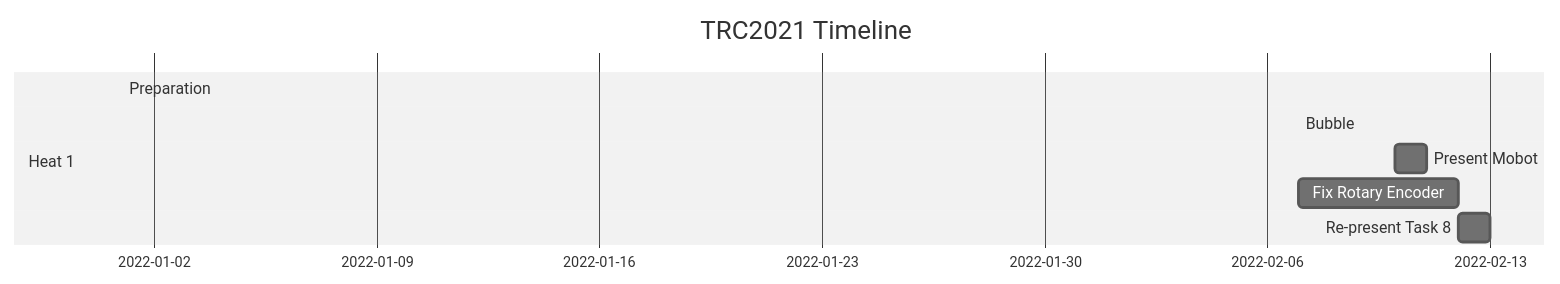
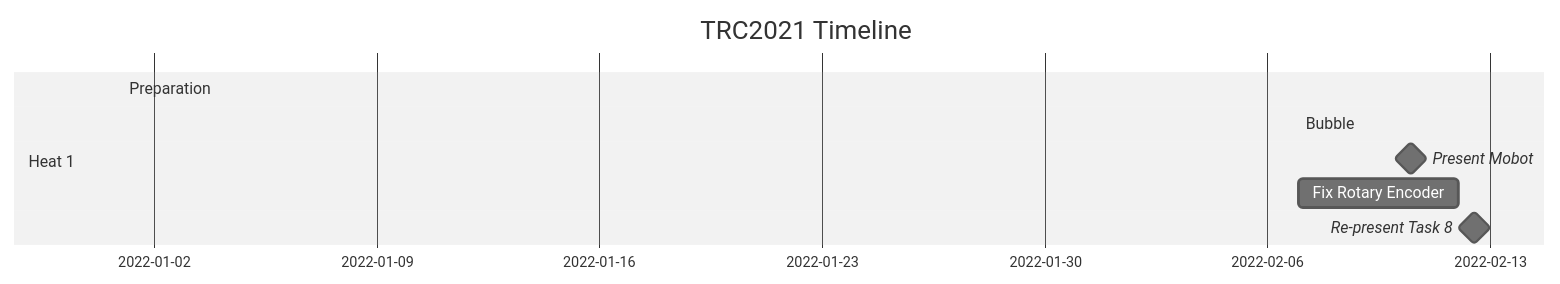
Before and after one commit to AthereoAndromeda/trc2021-mobot: the diagram in README.md, drawn with Mermaid (neutral theme).

Commit message:
Change 1-day tasks into milestones

````diff
--- a/README.md
+++ b/README.md
@@ -45,12 +45,13 @@
 ```mermaid
 gantt
 dateFormat YYY-MM-DD
 title TRC2021 Timeline
 
 section Heat 1
+
 Preparation             : des1, 2022-01-01,2022-02-06
 Bubble                  : des2, 2022-02-07, 2022-02-11
-Present Mobot           : des3, 2022-02-10, 1d
+Present Mobot           : milestone, des3, 2022-02-10, 1d
 Fix Rotary Encoder      : des4, after des2, 5d
-Re-present Task 8       : des5, after des4, 1d
+Re-present Task 8       : milestone, des5, after des4, 1d
 ```
````
